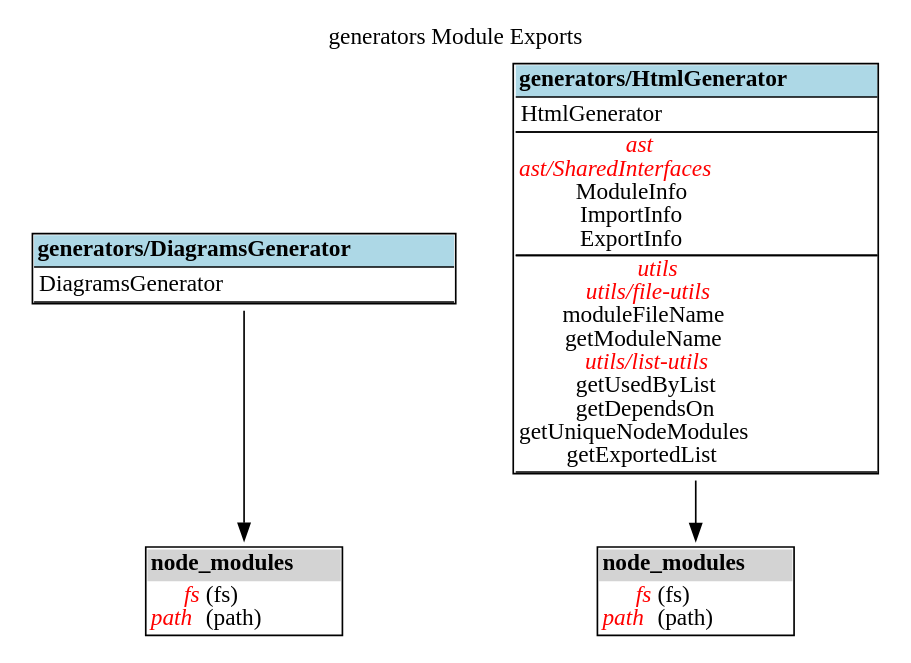
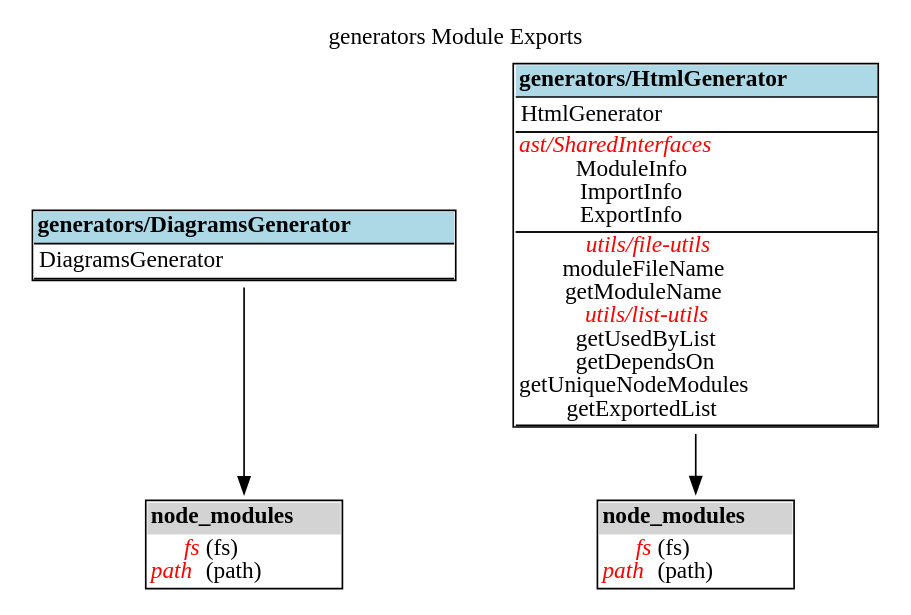
The diagram in dep-graph-ts/generators/ExportGraph.dot (fleebe/GitHubPages), drawn with Graphviz before and after one commit. The commit also changed 97 other files, not shown here.

Commit message:
Update docs for dep-graph-ts from fleebe/dep-graph-ts workflow

```diff
--- a/dep-graph-ts/generators/ExportGraph.dot
+++ b/dep-graph-ts/generators/ExportGraph.dot
@@ -1,49 +1,47 @@
 digraph {label="generators Module Exports";
 labelloc="t";
 "generators/DiagramsGenerator" [shape=none, label=<<TABLE cellspacing="0" cellborder="0" align="left">
 <TR><TD bgcolor="lightblue" align="center"><B>generators/DiagramsGenerator</B></TD></TR>
 <TR><TD BORDER="1" SIDES="TB" align="left">
 DiagramsGenerator<BR/>
 </TD></TR>
 </TABLE>>];
 "generators/DiagramsGenerator-node_modules" [shape=none, label=<<TABLE cellspacing="0" cellborder="0" align="left">
 <TR><TD bgcolor="lightgrey" align="center"><B>node_modules</B></TD></TR>
 <TR><TD align="left">
 <font color="red"><I>fs</I></font> (fs)<BR/>
 <font color="red"><I>path</I></font> (path)<BR/>
 </TD></TR>
 </TABLE>>];
 "generators/DiagramsGenerator"->"generators/DiagramsGenerator-node_modules";
 "generators/HtmlGenerator" [shape=none, label=<<TABLE cellspacing="0" cellborder="0" align="left">
 <TR><TD bgcolor="lightblue" align="center"><B>generators/HtmlGenerator</B></TD></TR>
 <TR><TD BORDER="1" SIDES="TB" align="left">
 HtmlGenerator<BR/>
 </TD></TR>
-<TR><TD BORDER="1" SIDES="TB" cellpadding="1" align="left" HREF="diagrams.html#ast" TARGET="_top">
-<font color="red"><I>ast</I></font><BR/>
+<TR><TD BORDER="1" SIDES="TB" cellpadding="1" align="left">
 <font color="red"><I>ast/SharedInterfaces</I></font><BR/>
 ModuleInfo<BR/>
 ImportInfo<BR/>
 ExportInfo<BR/>
 </TD></TR>
-<TR><TD BORDER="1" SIDES="TB" cellpadding="1" align="left" HREF="diagrams.html#utils" TARGET="_top">
-<font color="red"><I>utils</I></font><BR/>
+<TR><TD BORDER="1" SIDES="TB" cellpadding="1" align="left">
 <font color="red"><I>utils/file-utils</I></font><BR/>
 moduleFileName<BR/>
 getModuleName<BR/>
 <font color="red"><I>utils/list-utils</I></font><BR/>
 getUsedByList<BR/>
 getDependsOn<BR/>
 getUniqueNodeModules<BR/>
 getExportedList<BR/>
 </TD></TR>
 </TABLE>>];
 "generators/HtmlGenerator-node_modules" [shape=none, label=<<TABLE cellspacing="0" cellborder="0" align="left">
 <TR><TD bgcolor="lightgrey" align="center"><B>node_modules</B></TD></TR>
 <TR><TD align="left">
 <font color="red"><I>fs</I></font> (fs)<BR/>
 <font color="red"><I>path</I></font> (path)<BR/>
 </TD></TR>
 </TABLE>>];
 "generators/HtmlGenerator"->"generators/HtmlGenerator-node_modules";
 }
```
